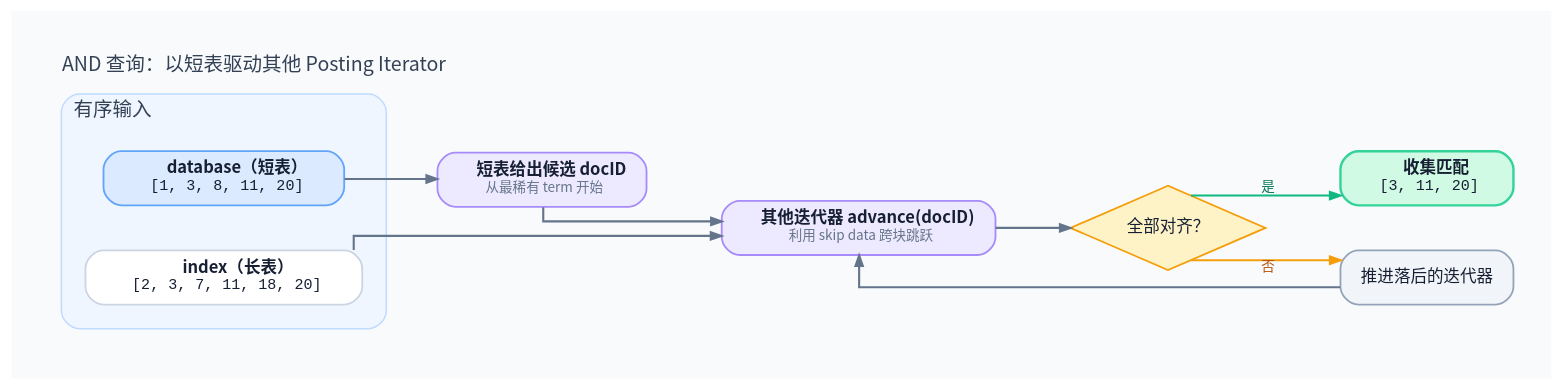
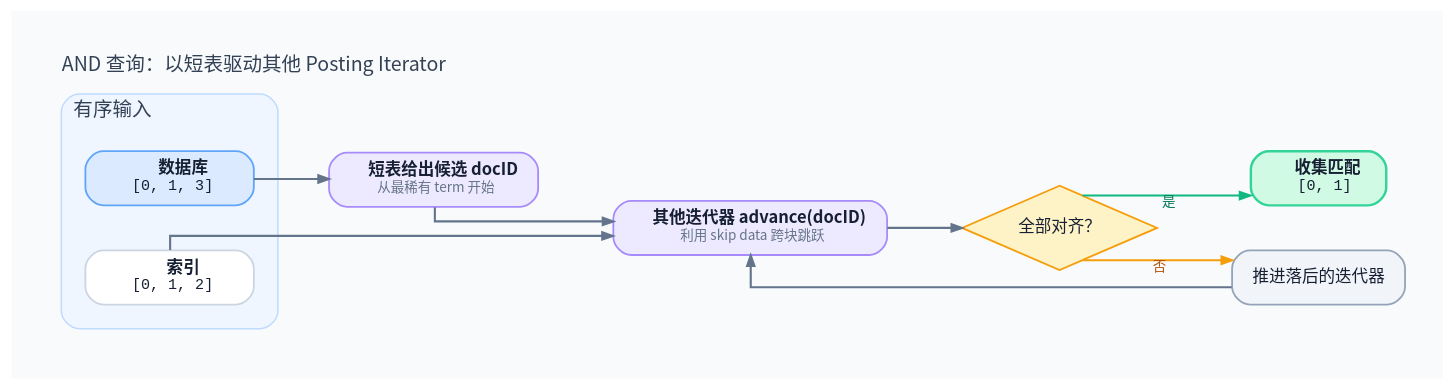
Before and after one commit to Zqzqsb/Blog: the diagram in Database/Search/倒排索引：从 Posting List 到 BM25 与动态剪枝.assets/postings-intersection.dot, drawn with Graphviz. The commit also changed 12 other files, not shown here.

```diff
--- a/Database/Search/倒排索引：从 Posting List 到 BM25 与动态剪枝.assets/postings-intersection.dot
+++ b/Database/Search/倒排索引：从 Posting List 到 BM25 与动态剪枝.assets/postings-intersection.dot
@@ -1,112 +1,112 @@
 digraph PostingsIntersection {
   graph [
     rankdir=LR,
     bgcolor="#F8FAFC",
     pad="0.35",
     nodesep="0.42",
     ranksep="0.70",
     splines=ortho,
     fontname="Noto Sans CJK SC",
     fontsize=13,
     fontcolor="#334155",
     label="AND 查询：以短表驱动其他 Posting Iterator",
     labelloc=t,
     labeljust=l
   ];
 
   node [
     shape=rect,
     style="rounded,filled",
     fontname="Noto Sans CJK SC",
     fontsize=11,
     color="#CBD5E1",
     fillcolor="#FFFFFF",
     fontcolor="#172033",
     penwidth=1.2,
     margin="0.16,0.10"
   ];
 
   edge [
     color="#64748B",
     penwidth=1.4,
     arrowsize=0.7,
     fontname="Noto Sans CJK SC",
     fontsize=9,
     fontcolor="#475569"
   ];
 
   subgraph cluster_input {
     label="有序输入";
     style="rounded,filled";
     color="#BFDBFE";
     fillcolor="#EFF6FF";
     margin=16;
 
     short [
       fillcolor="#DBEAFE",
       color="#60A5FA",
       label=<
-        <B>database（短表）</B><BR/>
-        <FONT FACE="monospace" POINT-SIZE="10">[1, 3, 8, 11, 20]</FONT>
+        <B>数据库</B><BR/>
+        <FONT FACE="monospace" POINT-SIZE="10">[0, 1, 3]</FONT>
       >
     ];
     long [
       label=<
-        <B>index（长表）</B><BR/>
-        <FONT FACE="monospace" POINT-SIZE="10">[2, 3, 7, 11, 18, 20]</FONT>
+        <B>索引</B><BR/>
+        <FONT FACE="monospace" POINT-SIZE="10">[0, 1, 2]</FONT>
       >
     ];
   }
 
   candidate [
     fillcolor="#EDE9FE",
     color="#A78BFA",
     label=<
       <B>短表给出候选 docID</B><BR/>
       <FONT POINT-SIZE="9" COLOR="#64748B">从最稀有 term 开始</FONT>
     >
   ];
 
   advance [
     fillcolor="#EDE9FE",
     color="#A78BFA",
     label=<
       <B>其他迭代器 advance(docID)</B><BR/>
       <FONT POINT-SIZE="9" COLOR="#64748B">利用 skip data 跨块跳跃</FONT>
     >
   ];
 
   aligned [
     shape=diamond,
     style="filled",
     width=1.25,
     height=0.78,
     fillcolor="#FEF3C7",
     color="#F59E0B",
     label="全部对齐？"
   ];
 
   collect [
     fillcolor="#D1FAE5",
     color="#34D399",
     penwidth=1.6,
     label=<
       <B>收集匹配</B><BR/>
-      <FONT FACE="monospace" POINT-SIZE="10">[3, 11, 20]</FONT>
+        <FONT FACE="monospace" POINT-SIZE="10">[0, 1]</FONT>
     >
   ];
 
   next [
     fillcolor="#F1F5F9",
     color="#94A3B8",
     label="推进落后的迭代器"
   ];
 
   short -> candidate;
   long -> advance;
   candidate -> advance;
   advance -> aligned;
   aligned -> collect [xlabel="是", color="#10B981", fontcolor="#047857"];
   aligned -> next [xlabel="否", color="#F59E0B", fontcolor="#B45309"];
   next -> advance [constraint=false];
 }
```
